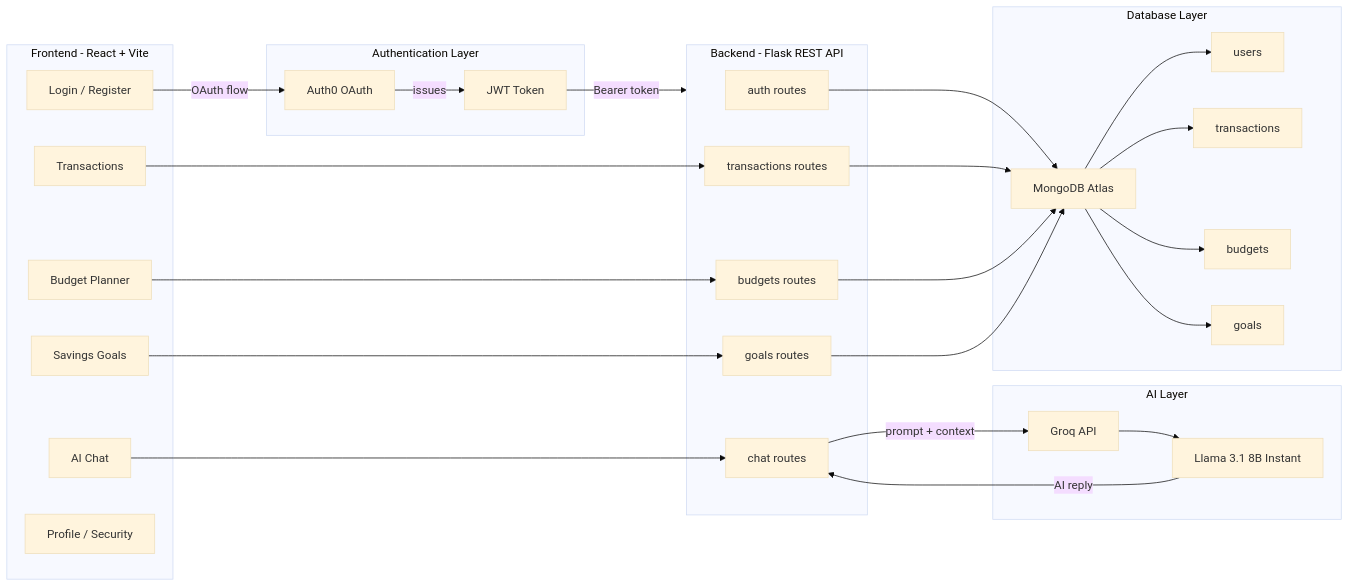
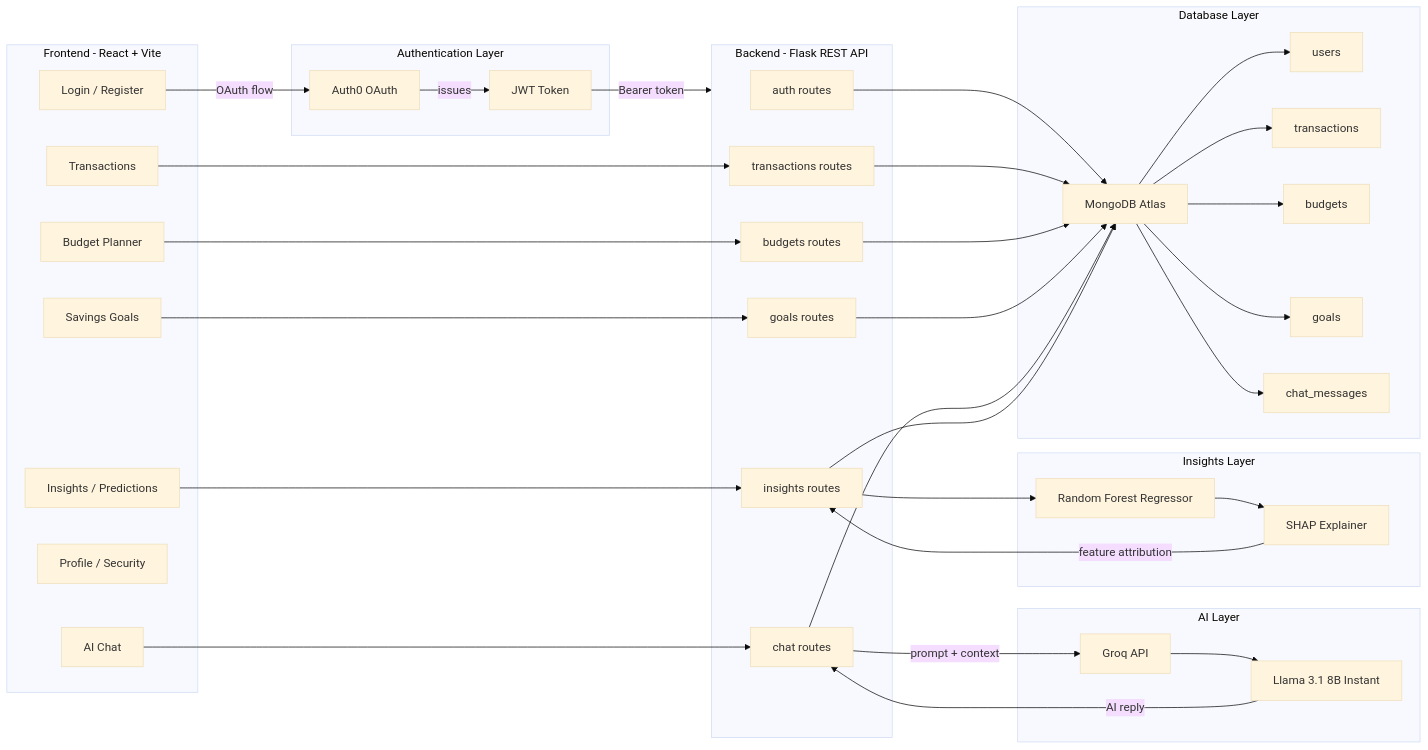
The first of 5 diagrams in README.md (farhanbin65/finance-tracker-dessertation), drawn with Mermaid (base theme) before and after one commit. The commit also changed other lines of this file, not shown here.

````diff
--- a/README.md
+++ b/README.md
@@ -49,53 +86,66 @@
 ```mermaid
 flowchart LR
   subgraph Client["Frontend - React + Vite"]
     A["Login / Register"]
     B["Transactions"]
     C["Budget Planner"]
     D["Savings Goals"]
     E["AI Chat"]
     F["Profile / Security"]
+    G2["Insights / Predictions"]
   end
 
   subgraph Auth["Authentication Layer"]
     G["Auth0 OAuth"]
     H["JWT Token"]
   end
 
   subgraph API["Backend - Flask REST API"]
     I["auth routes"]
     J["transactions routes"]
     K["budgets routes"]
     L["goals routes"]
     M["chat routes"]
+    N2["insights routes"]
   end
 
   subgraph AI["AI Layer"]
     N["Groq API"]
     O["Llama 3.1 8B Instant"]
+  end
+
+  subgraph ML["Insights Layer"]
+    P2["Random Forest Regressor"]
+    Q2["SHAP Explainer"]
   end
 
   subgraph DB["Database Layer"]
     P["MongoDB Atlas"]
     Q["users"]
     R["transactions"]
     S["budgets"]
     T["goals"]
+    U2["chat_messages"]
   end
 
   A -->|"OAuth flow"| G
   G -->|"issues"| H
   H -->|"Bearer token"| API
 
   B --> J
   C --> K
   D --> L
   E --> M
+  G2 --> N2
 
   M -->|"prompt + context"| N
   N --> O
   O -->|"AI reply"| M
 
-  I & J & K & L --> P
-  P --> Q & R & S & T
+  N2 --> P2
+  P2 --> Q2
+  Q2 -->|"feature attribution"| N2
+
+  I & J & K & L & M & N2 --> P
+  P --> Q & R & S & T & U2
 ```
````
